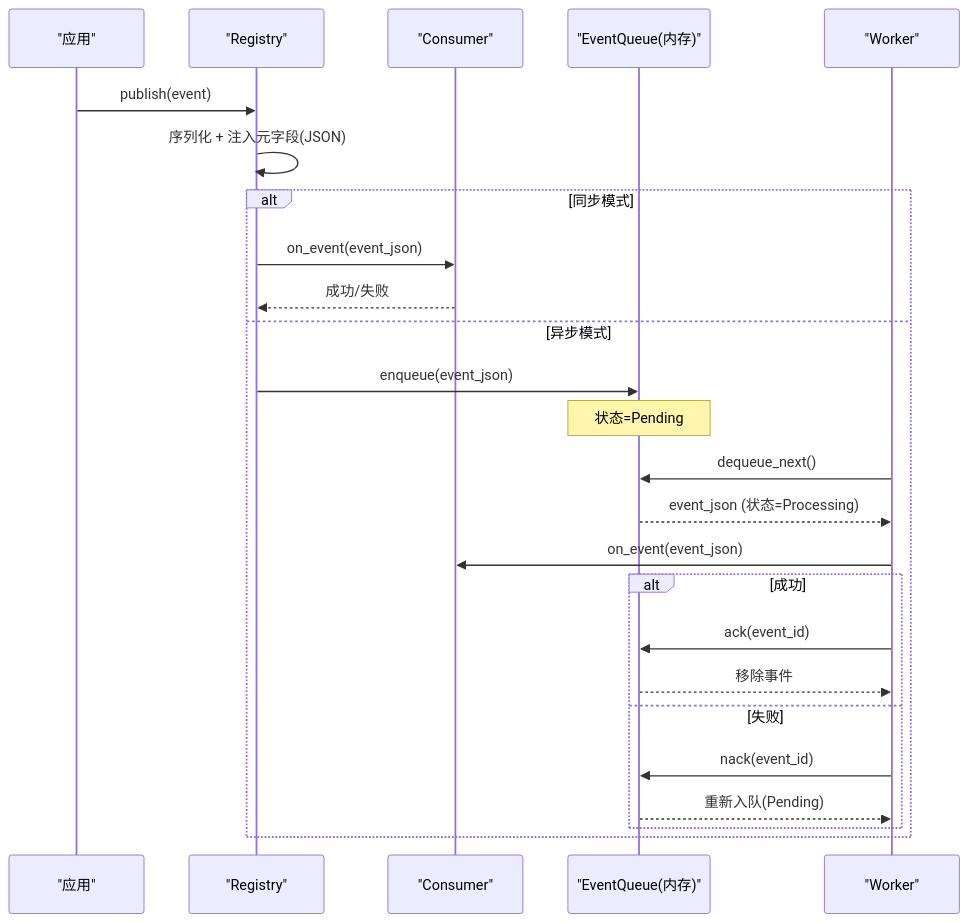
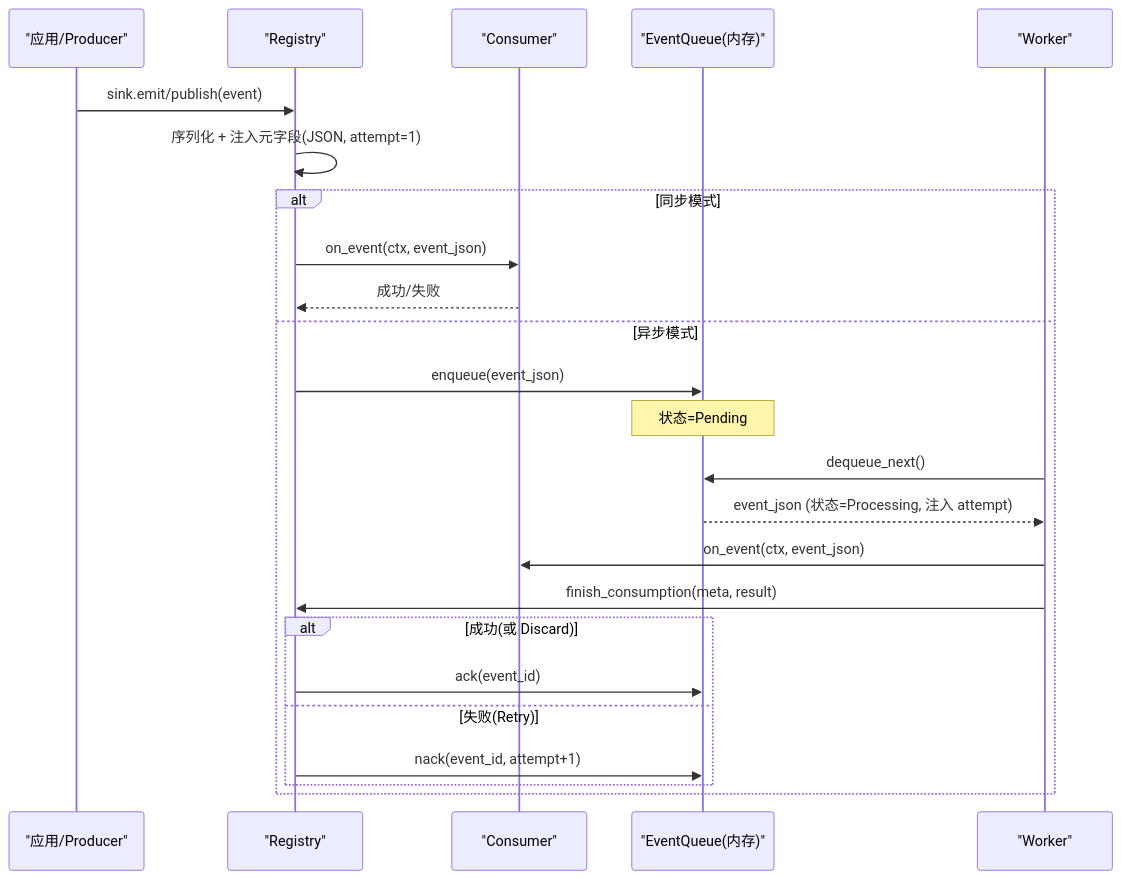
One commit to runningcoders/ai_orz changed the second of 4 diagrams in docs/wiki/zh/content/核心模块/AOP 事件系统/事件队列系统/事件持久化.md. Above: the diagram before and after it, drawn with Mermaid. The commit also changed other lines of this file and 37 other files, not shown here.

````diff
--- a/docs/wiki/zh/content/核心模块/AOP 事件系统/事件队列系统/事件持久化.md
+++ b/docs/wiki/zh/content/核心模块/AOP 事件系统/事件队列系统/事件持久化.md
@@ -94,27 +106,26 @@
 ```mermaid
 sequenceDiagram
-participant App as "应用"
+participant App as "应用/Producer"
 participant Reg as "Registry"
 participant Cons as "Consumer"
 participant Q as "EventQueue(内存)"
 participant W as "Worker"
-App->>Reg : publish(event)
-Reg->>Reg : 序列化 + 注入元字段(JSON)
+App->>Reg : sink.emit/publish(event)
+Reg->>Reg : 序列化 + 注入元字段(JSON, attempt=1)
 alt 同步模式
-Reg->>Cons : on_event(event_json)
+Reg->>Cons : on_event(ctx, event_json)
 Cons-->>Reg : 成功/失败
 else 异步模式
 Reg->>Q : enqueue(event_json)
 Note over Q : 状态=Pending
 W->>Q : dequeue_next()
-Q-->>W : event_json (状态=Processing)
-W->>Cons : on_event(event_json)
-alt 成功
-W->>Q : ack(event_id)
-Q-->>W : 移除事件
-else 失败
-W->>Q : nack(event_id)
-Q-->>W : 重新入队(Pending)
+Q-->>W : event_json (状态=Processing, 注入 attempt)
+W->>Cons : on_event(ctx, event_json)
+W->>Reg : finish_consumption(meta, result)
+alt 成功(或 Discard)
+Reg->>Q : ack(event_id)
+else 失败(Retry)
+Reg->>Q : nack(event_id, attempt+1)
 end
 end
 ```
````
